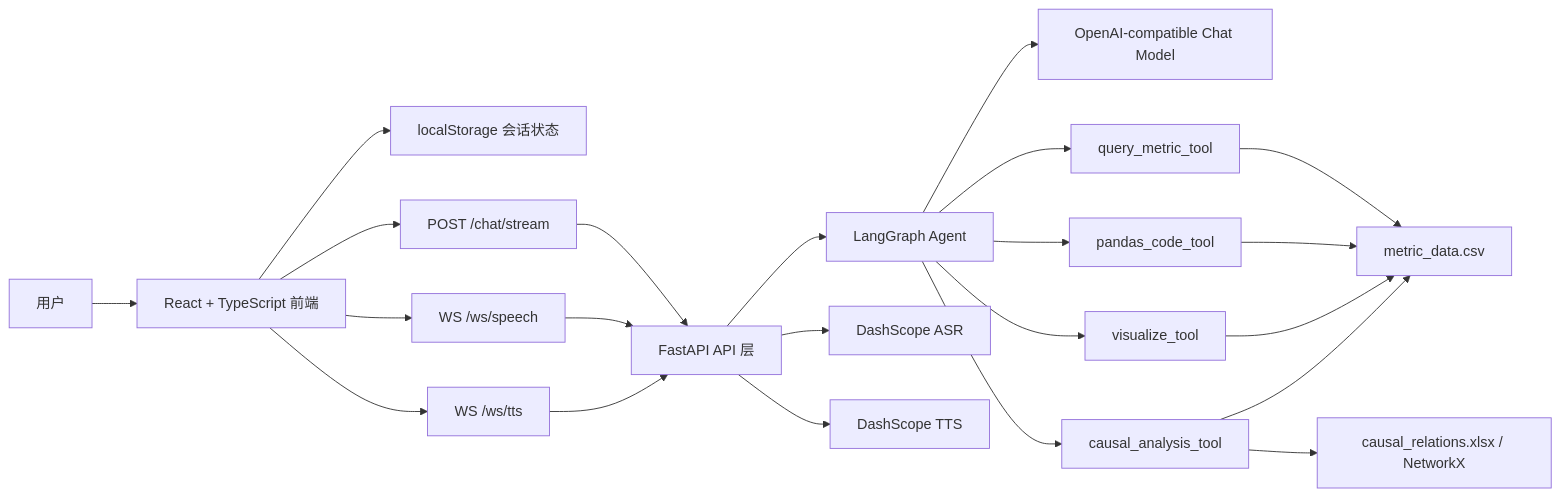
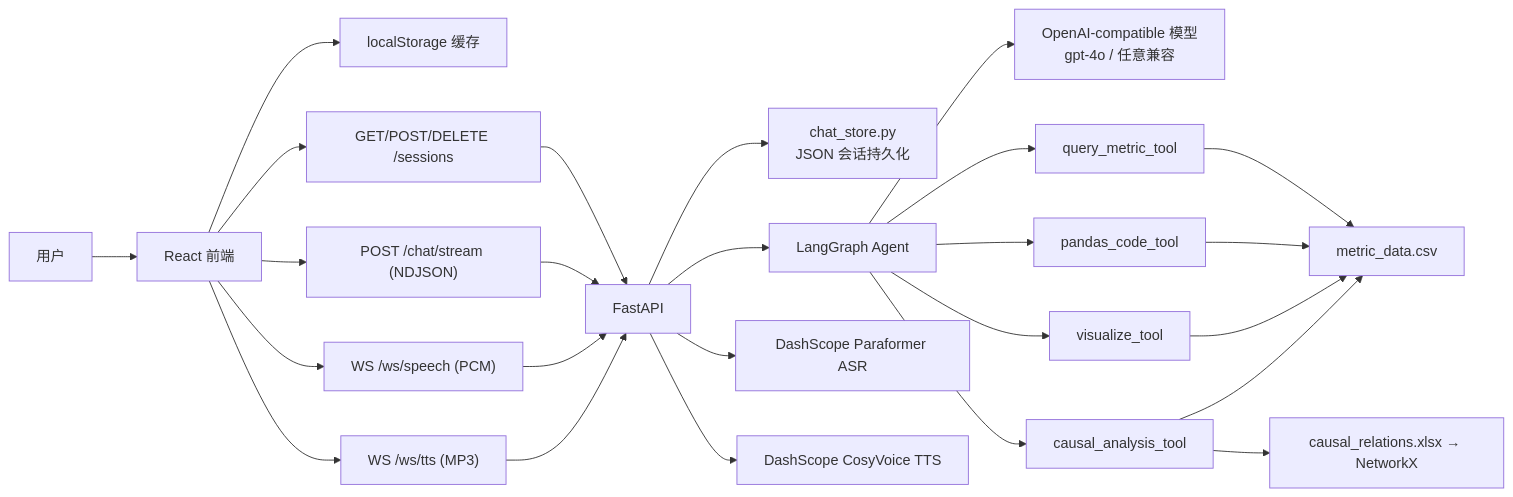
Before and after one commit to Ailoc/datamedic: the diagram in README.md, drawn with Mermaid. The commit also changed other lines of this file and 31 other files, not shown here.

````diff
--- a/README.md
+++ b/README.md
@@ -222,28 +137,31 @@
 ```mermaid
 flowchart LR
-  User["用户"] --> Frontend["React + TypeScript 前端"]
-  Frontend --> Storage["localStorage 会话状态"]
-  Frontend --> ChatStream["POST /chat/stream"]
-  Frontend --> SpeechWS["WS /ws/speech"]
-  Frontend --> TTSWS["WS /ws/tts"]
+  User["用户"] --> UI["React 前端"]
+  UI --> LocalCache["localStorage 缓存"]
+  UI --> Sessions["GET/POST/DELETE /sessions"]
+  UI --> Chat["POST /chat/stream (NDJSON)"]
+  UI --> Speech["WS /ws/speech (PCM)"]
+  UI --> TTS["WS /ws/tts (MP3)"]
 
-  ChatStream --> FastAPI["FastAPI API 层"]
-  SpeechWS --> FastAPI
-  TTSWS --> FastAPI
+  Sessions --> API["FastAPI"]
+  Chat --> API
+  Speech --> API
+  TTS --> API
 
-  FastAPI --> Agent["LangGraph Agent"]
-  Agent --> LLM["OpenAI-compatible Chat Model"]
-  Agent --> QueryTool["query_metric_tool"]
-  Agent --> PandasTool["pandas_code_tool"]
-  Agent --> VizTool["visualize_tool"]
-  Agent --> CausalTool["causal_analysis_tool"]
+  API --> Store["chat_store.py<br/>JSON 会话持久化"]
+  API --> Agent["LangGraph Agent"]
+  Agent --> LLM["OpenAI-compatible 模型<br/>gpt-4o / 任意兼容"]
+  Agent --> Query["query_metric_tool"]
+  Agent --> Pandas["pandas_code_tool"]
+  Agent --> Viz["visualize_tool"]
+  Agent --> Cause["causal_analysis_tool"]
 
-  QueryTool --> MetricData["metric_data.csv"]
-  PandasTool --> MetricData
-  VizTool --> MetricData
-  CausalTool --> MetricData
-  CausalTool --> CausalGraph["causal_relations.xlsx / NetworkX"]
+  Query --> MetricData["metric_data.csv"]
+  Pandas --> MetricData
+  Viz --> MetricData
+  Cause --> MetricData
+  Cause --> Graph["causal_relations.xlsx → NetworkX"]
 
-  FastAPI --> DashScopeASR["DashScope ASR"]
-  FastAPI --> DashScopeTTS["DashScope TTS"]
+  API --> ASR["DashScope Paraformer ASR"]
+  API --> Voice["DashScope CosyVoice TTS"]
 ```
````
